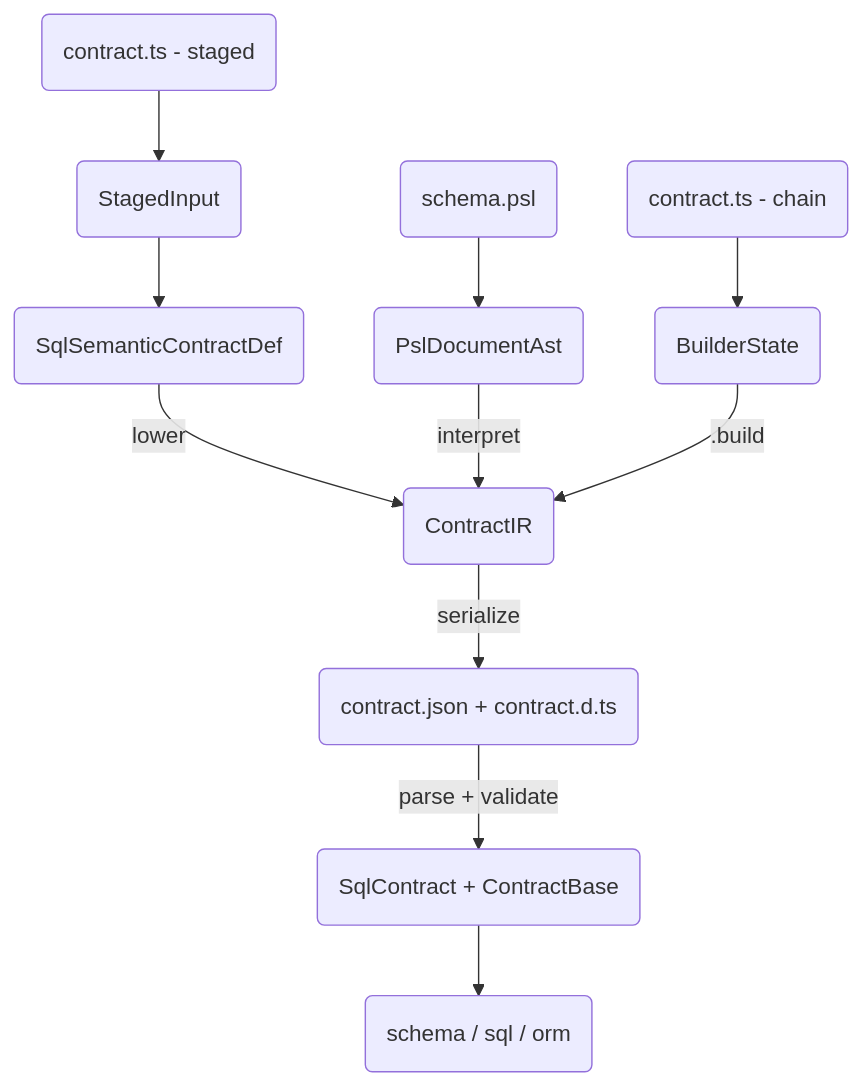
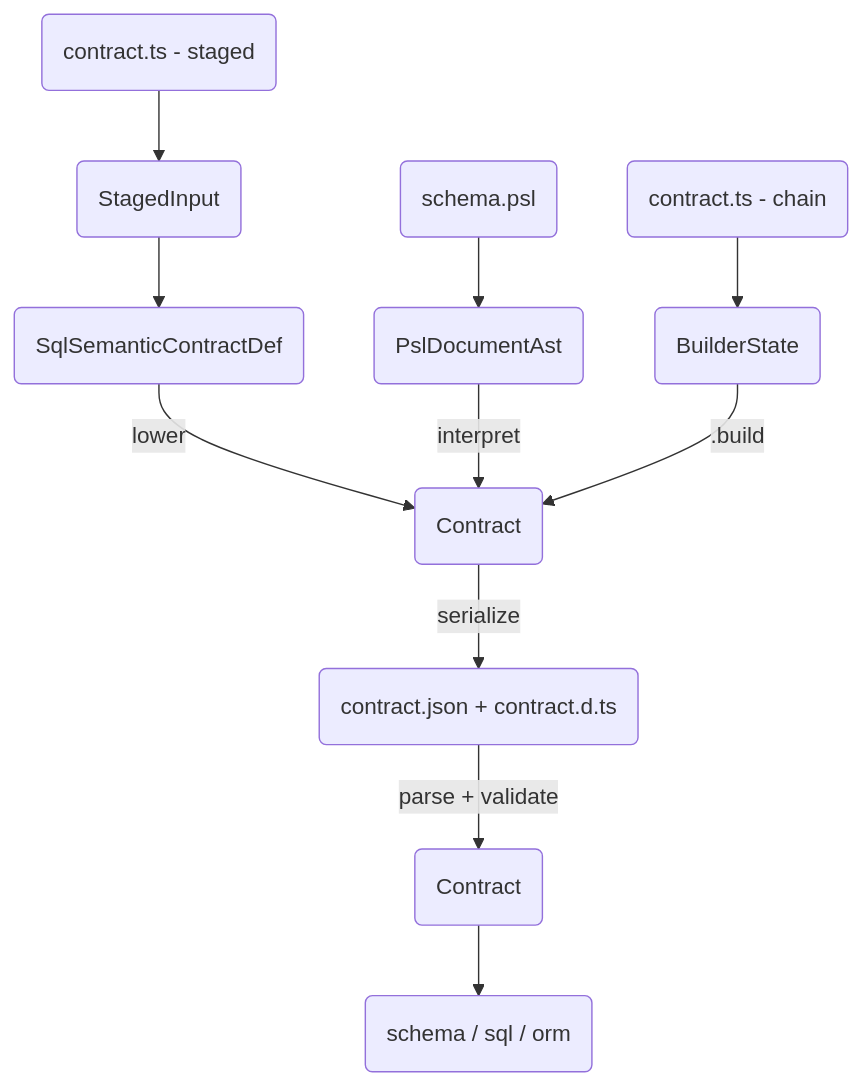
Before and after one commit to prisma/prisma-next: the first of 2 diagrams in docs/architecture docs/adrs/ADR 182 - Unified contract representation.md, drawn with Mermaid. The commit also changed other lines of this file and 24 other files, not shown here.

````diff
--- a/docs/architecture docs/adrs/ADR 182 - Unified contract representation.md
+++ b/docs/architecture docs/adrs/ADR 182 - Unified contract representation.md
@@ -49,14 +49,14 @@
 ```mermaid
 graph TD
   PSL(schema.psl) --> AST(PslDocumentAst)
   TS_STAGED(contract.ts - staged) --> SCI(StagedInput)
   TS_CHAIN(contract.ts - chain) --> CBS(BuilderState)
   SCI --> SSCD(SqlSemanticContractDef)
   SSCD -->|lower| IR
   AST -->|interpret| IR
   CBS -->|.build| IR
-  IR(ContractIR)
+  IR(Contract)
   IR -->|serialize| JSON(contract.json + contract.d.ts)
-  JSON -->|parse + validate| SC(SqlContract + ContractBase)
+  JSON -->|parse + validate| SC(Contract)
   SC --> CONSUMERS(schema / sql / orm)
 ```
````
